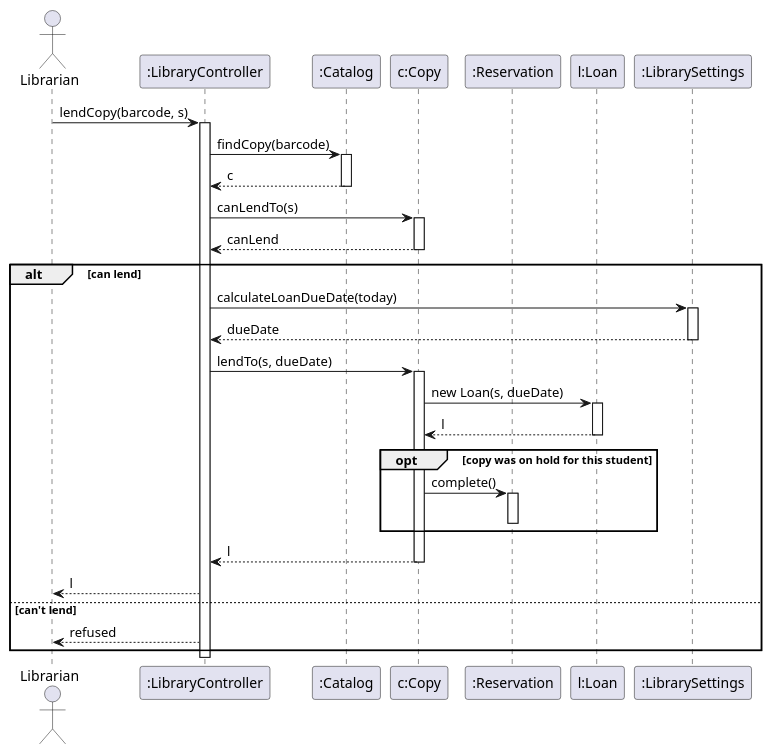
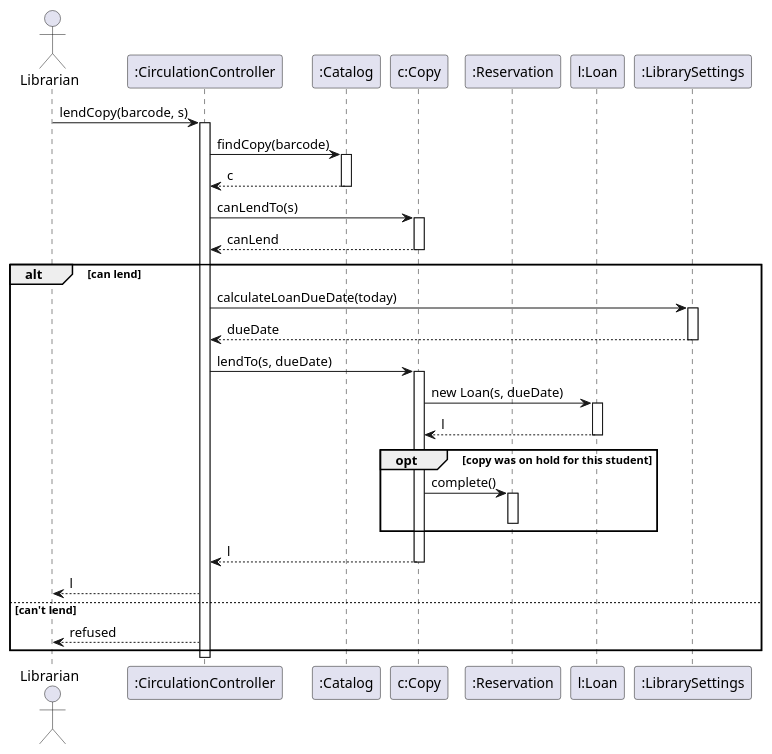
One commit to erionelezaj/LibrarySystem-SW-Design-Principles changed the diagram in docs/uml/seq-handing-out-copy.puml. Above: the diagram before and after it, drawn with PlantUML. The commit also changed 2 other files, not shown here.

Commit message:
LibrarySettings as Singleton. Separated One Controller into three for each screen:Circulation (Desk), Student, and Collection. Renamed the controller in the Seq-handing-out-copy to the correct one: CirculationController

```diff
--- a/docs/uml/seq-handing-out-copy.puml
+++ b/docs/uml/seq-handing-out-copy.puml
@@ -1,58 +1,58 @@
 @startuml HandingOutCopy
 actor Librarian
 
-participant ":LibraryController" as controller
+participant ":CirculationController" as controller
 participant ":Catalog" as catalog
 participant "c:Copy" as copy
 participant ":Reservation" as reservation
 participant "l:Loan" as loan
 participant ":LibrarySettings"  as settings
 
 
 
 Librarian -> controller: lendCopy(barcode, s)
 activate controller
 
 controller -> catalog: findCopy(barcode)
 activate catalog
 catalog --> controller: c
 deactivate catalog
 
 controller -> copy: canLendTo(s)
 activate copy
 copy --> controller: canLend
 deactivate copy
 
 alt  can lend
     controller -> settings: calculateLoanDueDate(today)
     activate settings
     settings --> controller: dueDate
     deactivate settings
 
     controller -> copy: lendTo(s, dueDate)
     activate copy
     copy -> loan: new Loan(s, dueDate)
     activate loan
     loan --> copy: l
     deactivate loan
 
     opt copy was on hold for this student
         copy  -> reservation: complete()
         activate reservation
         deactivate reservation
     end
 
     copy --> controller: l
     deactivate copy
 
     controller --> Librarian: l
 
 
 
 else  can't lend
     controller --> Librarian: refused
 end
 
 deactivate controller
 
 @enduml
```
